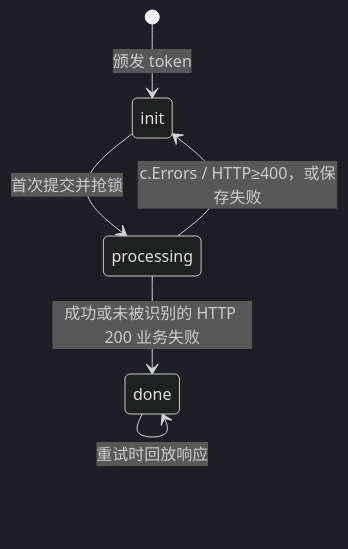
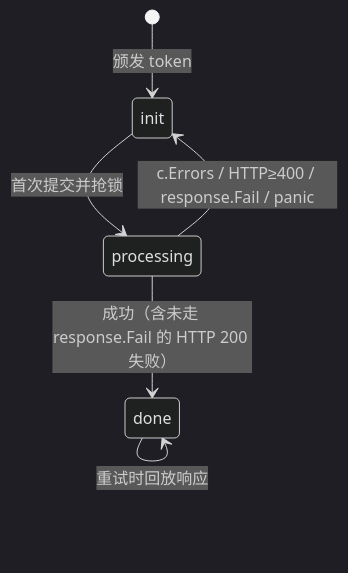
Before and after one commit to RedInn7/gomall: the second of 3 diagrams in docs/lecture/15-middleware-transaction.md, drawn with Mermaid (dark theme). The commit also changed other lines of this file and 4 other files, not shown here.

````diff
--- a/docs/lecture/15-middleware-transaction.md
+++ b/docs/lecture/15-middleware-transaction.md
@@ -119,8 +119,8 @@
 ```mermaid
 stateDiagram-v2
     [*] --> init: 颁发 token
     init --> processing: 首次提交并抢锁
-    processing --> done: 成功或未被识别的 HTTP 200 业务失败
-    processing --> init: c.Errors / HTTP≥400，或保存失败
+    processing --> done: 成功（含未走 response.Fail 的 HTTP 200 失败）
+    processing --> init: c.Errors / HTTP≥400 / response.Fail / panic
     done --> done: 重试时回放响应
 ```
````
